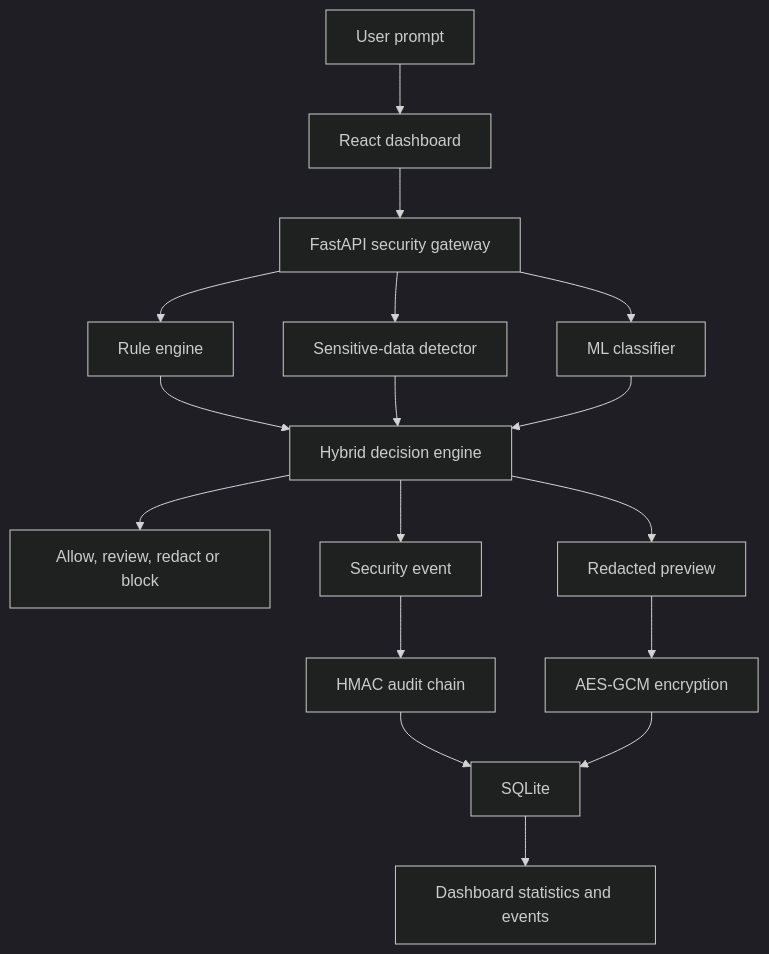
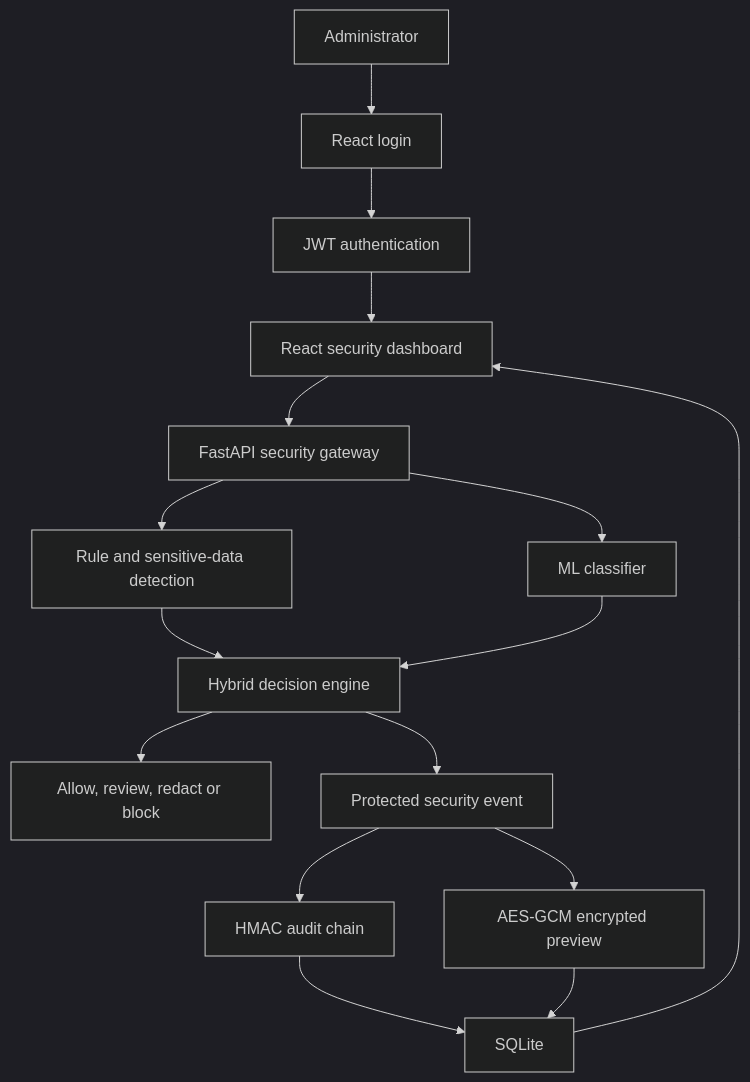
Before and after one commit to sreemanbondada-sudo/PromptShield: the diagram in README.md, drawn with Mermaid (dark theme). The commit also changed other lines of this file and 17 other files, not shown here.

Commit message:
feat: add administrator authentication

````diff
--- a/README.md
+++ b/README.md
@@ -312,19 +344,18 @@
 ```mermaid
 flowchart TD
-    A[User prompt] --> B[React dashboard]
-    B --> C[FastAPI security gateway]
-    C --> D[Rule engine]
-    C --> E[Sensitive-data detector]
-    C --> F[ML classifier]
-    D --> G[Hybrid decision engine]
-    E --> G
-    F --> G
-    G --> H[Allow, review, redact or block]
-    G --> I[Security event]
-    I --> J[HMAC audit chain]
-    G --> K[Redacted preview]
-    K --> L[AES-GCM encryption]
-    J --> M[SQLite]
+    A[Administrator] --> B[React login]
+    B --> C[JWT authentication]
+    C --> D[React security dashboard]
+    D --> E[FastAPI security gateway]
+    E --> F[Rule and sensitive-data detection]
+    E --> G[ML classifier]
+    F --> H[Hybrid decision engine]
+    G --> H
+    H --> I[Allow, review, redact or block]
+    H --> J[Protected security event]
+    J --> K[HMAC audit chain]
+    J --> L[AES-GCM encrypted preview]
+    K --> M[SQLite]
     L --> M
-    M --> N[Dashboard statistics and events]
+    M --> D
 ```
````
